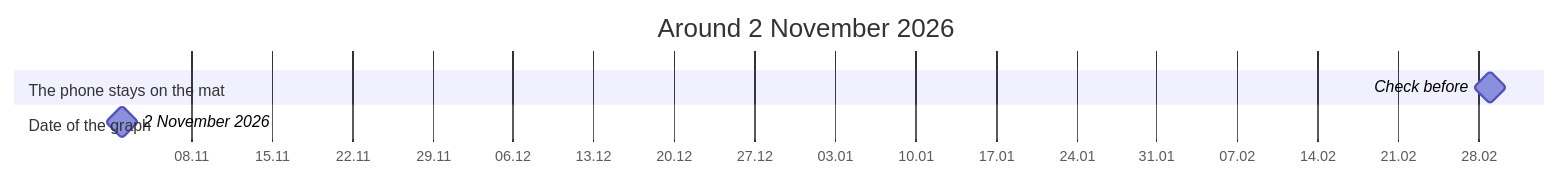
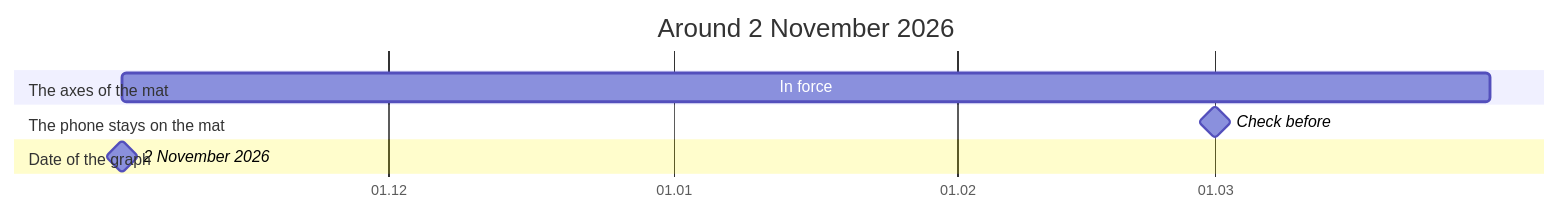
The diagram in apps/poselia/docs/timeline.md (advancedcognitivesystems-ai/trame), drawn with Mermaid before and after one commit. The commit also changed 7 other files, not shown here.

````diff
--- a/apps/poselia/docs/timeline.md
+++ b/apps/poselia/docs/timeline.md
@@ -5,10 +5,12 @@
 ```mermaid
 gantt
   dateFormat YYYY-MM-DD
   axisFormat %d.%m
   title Around 2 November 2026
+  section The axes of the mat
+    In force : 2026-11-02, 2027-03-31
   section The phone stays on the mat
     Check before : milestone, 2027-03-01, 0d
   section Date of the graph
     2 November 2026 : milestone, 2026-11-02, 0d
 ```
````
